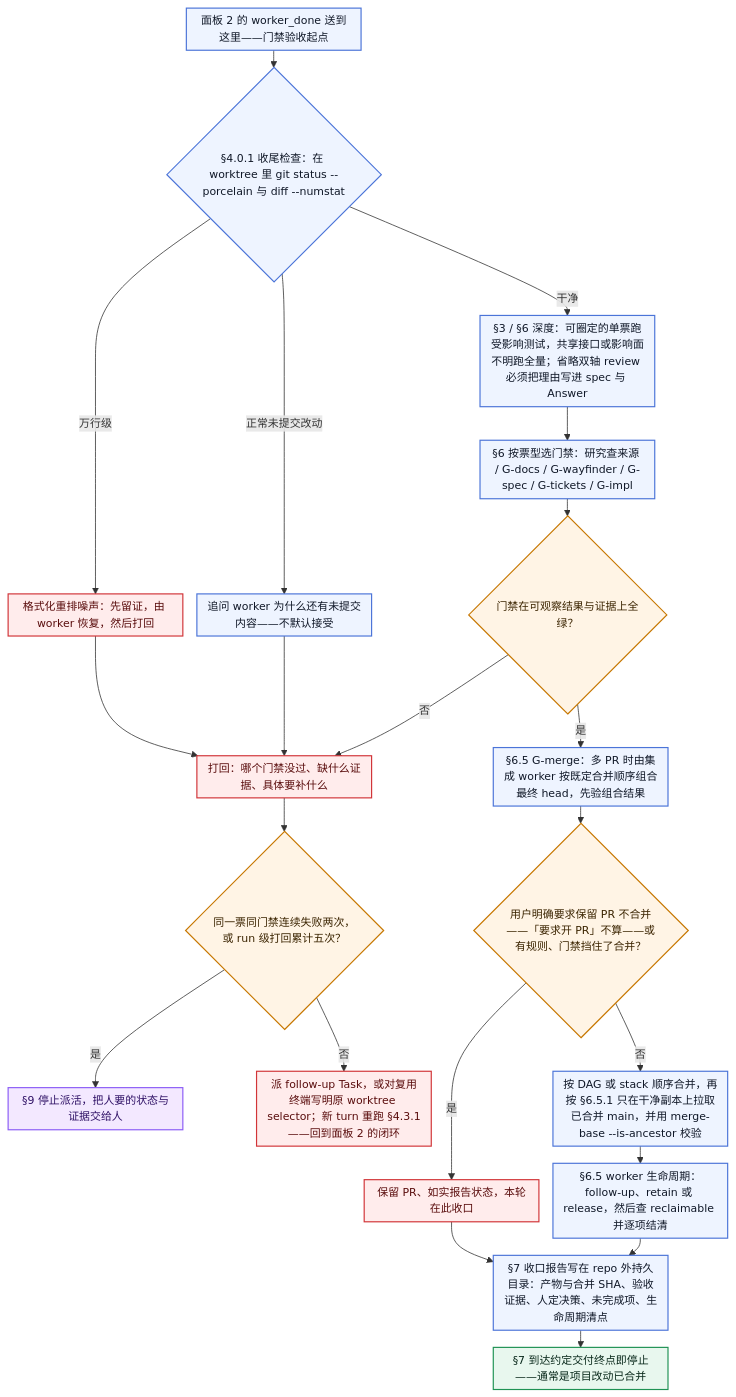
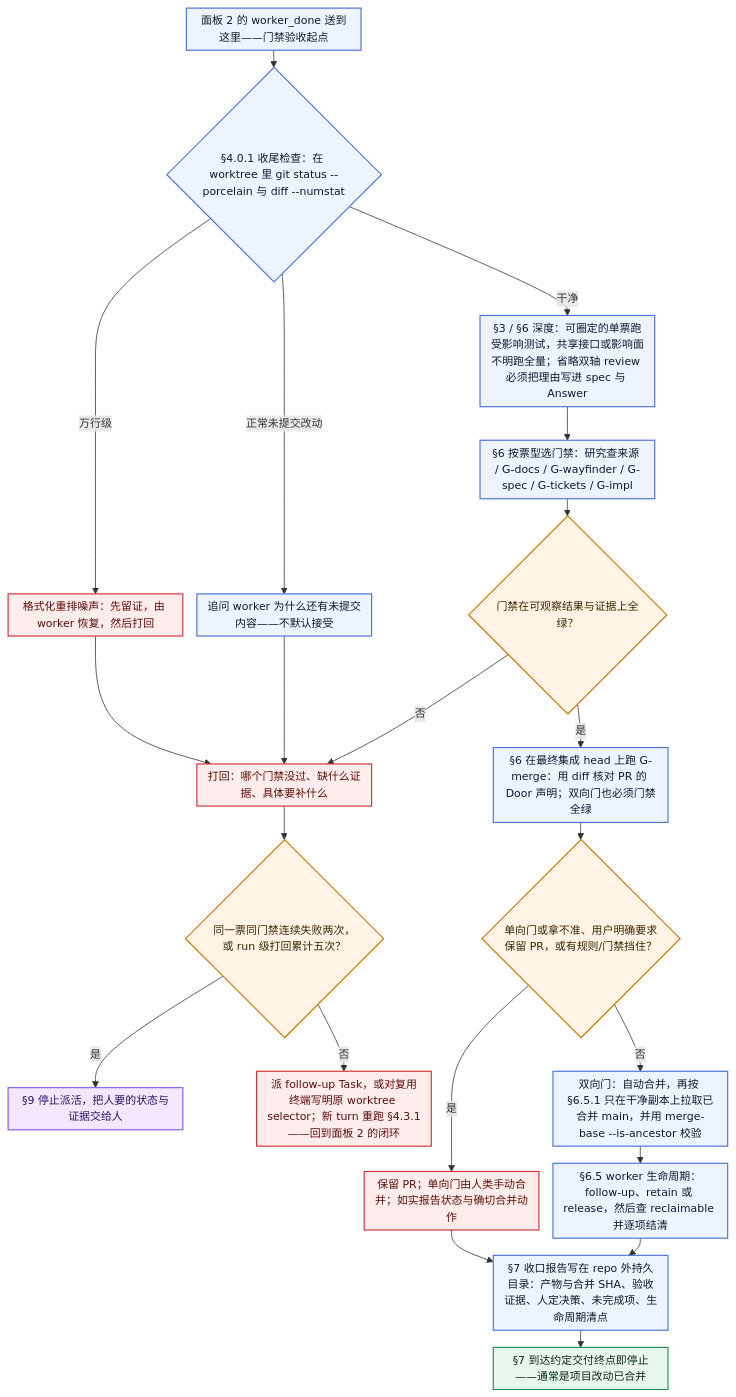
The third of 4 diagrams in README.zh-CN.md (lindoo67/orchestra-auto), drawn with Mermaid before and after one commit. The commit also changed other lines of this file and 20 other files, not shown here.

````diff
--- a/README.zh-CN.md
+++ b/README.zh-CN.md
@@ -136,35 +140,35 @@
 ```mermaid
 %%{init: {"themeVariables": {"fontSize": "14px"}, "flowchart": {"nodeSpacing": 18, "rankSpacing": 22, "padding": 6, "diagramPadding": 4, "useMaxWidth": true}}}%%
 flowchart TD
     ACCEPT["面板 2 的 worker_done 送到这里——门禁验收起点"] --> NOISE{"§4.0.1 收尾检查：在 worktree 里 git status --porcelain 与 diff --numstat"}
     NOISE -->|"万行级"| REFORM["格式化重排噪声：先留证，由 worker 恢复，然后打回"]
     NOISE -->|"正常未提交改动"| WHY["追问 worker 为什么还有未提交内容——不默认接受"]
     NOISE -->|"干净"| PROP["§3 / §6 深度：可圈定的单票跑受影响测试，共享接口或影响面不明跑全量；省略双轴 review 必须把理由写进 spec 与 Answer"]
     REFORM --> SEND
     WHY --> SEND
     PROP --> GATES["§6 按票型选门禁：研究查来源 / G-docs / G-wayfinder / G-spec / G-tickets / G-impl"]
     GATES --> GREEN{"门禁在可观察结果与证据上全绿？"}
     GREEN -->|"否"| SEND["打回：哪个门禁没过、缺什么证据、具体要补什么"]
     SEND --> BREAK{"同一票同门禁连续失败两次，或 run 级打回累计五次？"}
     BREAK -->|"是"| STOP9["§9 停止派活，把人要的状态与证据交给人"]
     BREAK -->|"否"| RECYCLE["派 follow-up Task，或对复用终端写明原 worktree selector；新 turn 重跑 §4.3.1——回到面板 2 的闭环"]
-    GREEN -->|"是"| MERGE["§6.5 G-merge：多 PR 时由集成 worker 按既定合并顺序组合最终 head，先验组合结果"]
-    MERGE --> EXC{"用户明确要求保留 PR 不合并——「要求开 PR」不算——或有规则、门禁挡住了合并？"}
-    EXC -->|"是"| KEEP["保留 PR、如实报告状态，本轮在此收口"]
-    EXC -->|"否"| SYNC["按 DAG 或 stack 顺序合并，再按 §6.5.1 只在干净副本上拉取已合并 main，并用 merge-base --is-ancestor 校验"]
+    GREEN -->|"是"| MERGE["§6 在最终集成 head 上跑 G-merge：用 diff 核对 PR 的 Door 声明；双向门也必须门禁全绿"]
+    MERGE --> EXC{"单向门或拿不准、用户明确要求保留 PR，或有规则/门禁挡住？"}
+    EXC -->|"是"| KEEP["保留 PR；单向门由人类手动合并；如实报告状态与确切合并动作"]
+    EXC -->|"否"| SYNC["双向门：自动合并，再按 §6.5.1 只在干净副本上拉取已合并 main，并用 merge-base --is-ancestor 校验"]
     KEEP --> REPORT
     SYNC --> LIFE["§6.5 worker 生命周期：follow-up、retain 或 release，然后查 reclaimable 并逐项结清"]
     LIFE --> REPORT["§7 收口报告写在 repo 外持久目录：产物与合并 SHA、验收证据、人定决策、未完成项、生命周期清点"]
     REPORT --> DONE_B["§7 到达约定交付终点即停止——通常是项目改动已合并"]
 
     classDef phase fill:#eef4ff,stroke:#4b74d8,color:#101828,stroke-width:1.5px
     classDef gate fill:#fff4e5,stroke:#c77700,color:#3b2400,stroke-width:1.5px
     classDef human fill:#f3e8ff,stroke:#8b5cf6,color:#2e1065,stroke-width:1.5px
     classDef stop fill:#ffecec,stroke:#d13438,color:#5a0d0d,stroke-width:1.5px
     classDef ok fill:#e8f7ee,stroke:#1f9254,color:#08281a,stroke-width:1.5px
     class ACCEPT,NOISE,WHY,PROP,GATES,MERGE,SYNC,LIFE,REPORT phase
     class GREEN,BREAK,EXC gate
     class STOP9 human
     class REFORM,SEND,KEEP,RECYCLE stop
     class DONE_B ok
 ```
````
